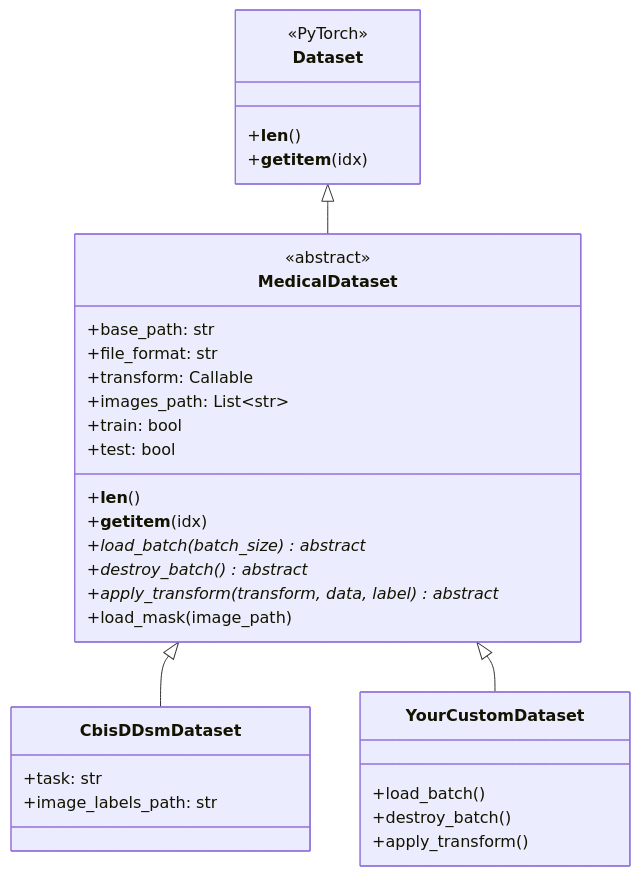
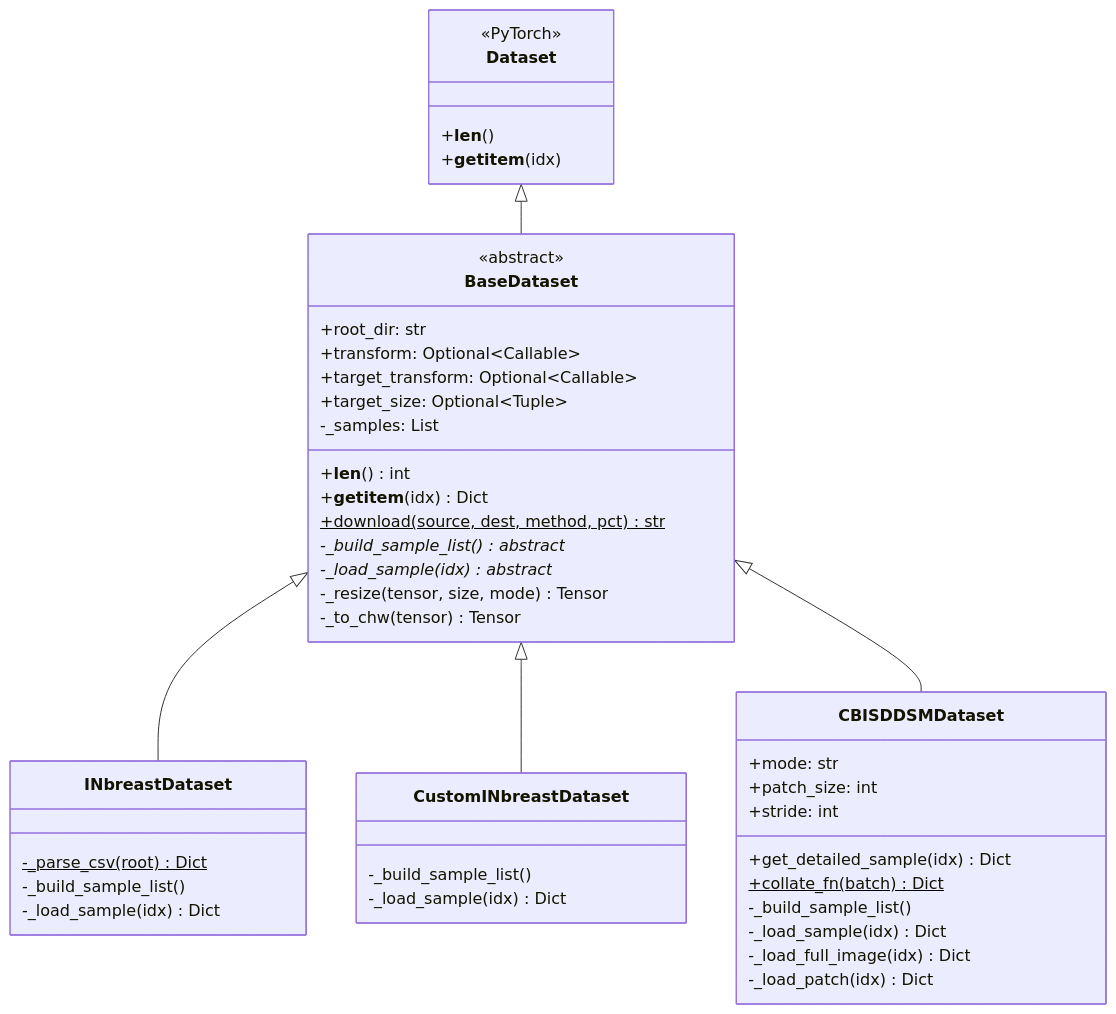
Before and after one commit to LATIS-medical-Imaging/medical-image-std: the first of 4 diagrams in docs/datasets.md, drawn with Mermaid. The commit also changed other lines of this file and 2 other files, not shown here.

````diff
--- a/docs/datasets.md
+++ b/docs/datasets.md
@@ -70,39 +95,52 @@
 ```mermaid
 classDiagram
     class Dataset {
         <<PyTorch>>
         +__len__()
         +__getitem__(idx)
     }
 
-    class MedicalDataset {
+    class BaseDataset {
         <<abstract>>
-        +base_path: str
-        +file_format: str
-        +transform: Callable
-        +images_path: List~str~
-        +train: bool
-        +test: bool
-        +__len__()
-        +__getitem__(idx)
-        +load_batch(batch_size)* abstract
-        +destroy_batch()* abstract
-        +apply_transform(transform, data, label)* abstract
-        +load_mask(image_path)
+        +root_dir: str
+        +transform: Optional~Callable~
+        +target_transform: Optional~Callable~
+        +target_size: Optional~Tuple~
+        -_samples: List
+        +__len__() int
+        +__getitem__(idx) Dict
+        +download(source, dest, method, pct)$ str
+        -_build_sample_list()* abstract
+        -_load_sample(idx)* abstract
+        -_resize(tensor, size, mode) Tensor
+        -_to_chw(tensor) Tensor
     }
 
-    class CbisDDsmDataset {
-        +task: str
-        +image_labels_path: str
+    class INbreastDataset {
+        -_parse_csv(root)$ Dict
+        -_build_sample_list()
+        -_load_sample(idx) Dict
     }
 
-    class YourCustomDataset {
-        +load_batch()
-        +destroy_batch()
-        +apply_transform()
+    class CustomINbreastDataset {
+        -_build_sample_list()
+        -_load_sample(idx) Dict
     }
 
-    Dataset <|-- MedicalDataset
-    MedicalDataset <|-- CbisDDsmDataset
-    MedicalDataset <|-- YourCustomDataset
+    class CBISDDSMDataset {
+        +mode: str
+        +patch_size: int
+        +stride: int
+        +get_detailed_sample(idx) Dict
+        +collate_fn(batch)$ Dict
+        -_build_sample_list()
+        -_load_sample(idx) Dict
+        -_load_full_image(idx) Dict
+        -_load_patch(idx) Dict
+    }
+
+    Dataset <|-- BaseDataset
+    BaseDataset <|-- INbreastDataset
+    BaseDataset <|-- CustomINbreastDataset
+    BaseDataset <|-- CBISDDSMDataset
 ```
````
